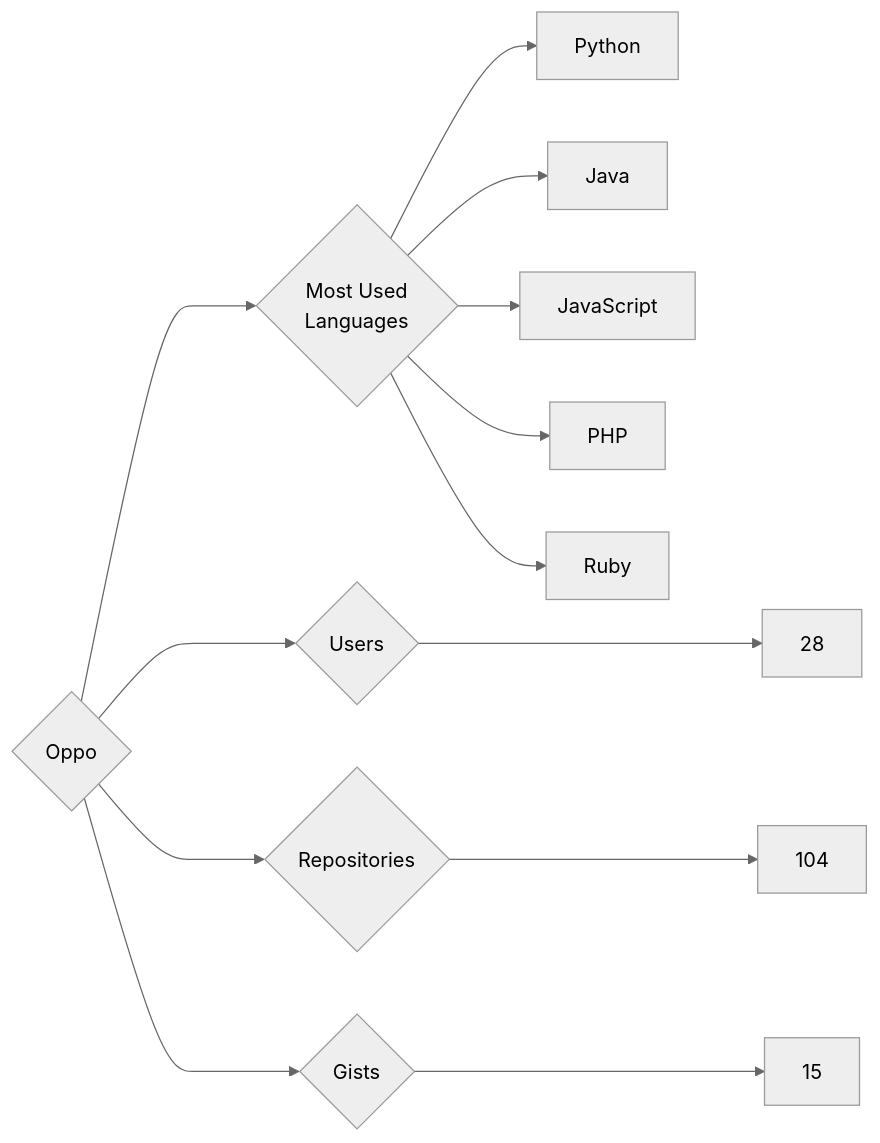
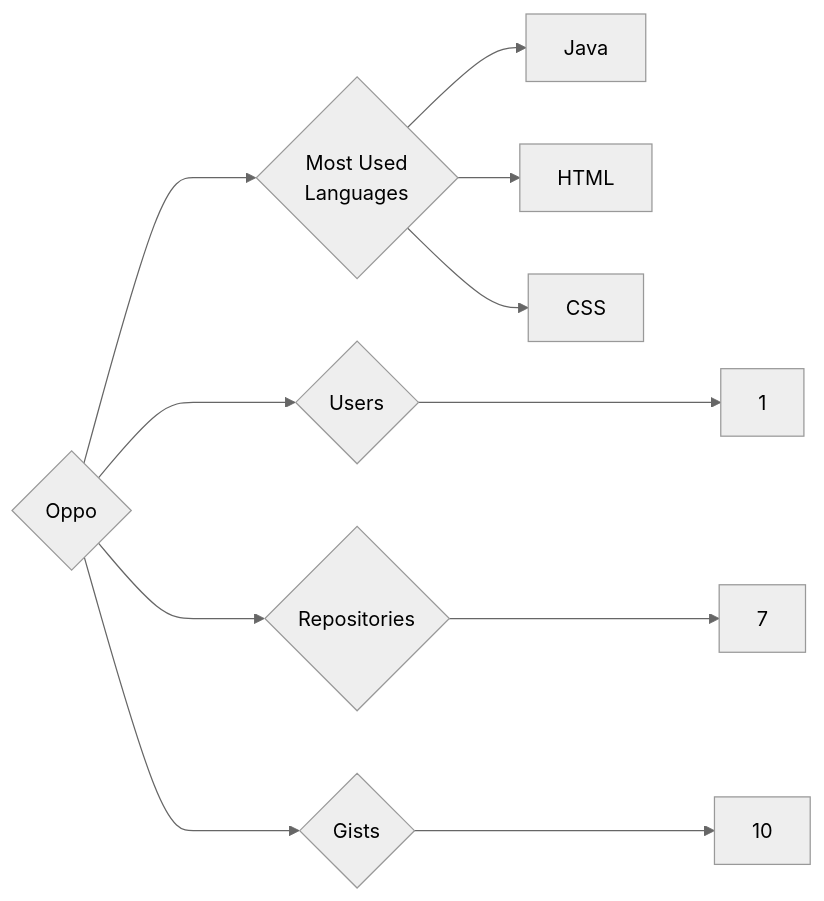
Before and after one commit to trickest/insiders: the diagram in targets/Oppo/README.md, drawn with Mermaid (neutral theme). The commit also changed 970 other files, not shown here.

````diff
--- a/targets/Oppo/README.md
+++ b/targets/Oppo/README.md
@@ -3,13 +3,11 @@
 ```mermaid
 graph LR
 COMPANY_NAME{Oppo}
-COMPANY_NAME ---> U{Users} ---> UN[28]
-COMPANY_NAME ---> R{Repositories} ---> RN[104]
-COMPANY_NAME ---> G{Gists} ---> GN[15]
+COMPANY_NAME ---> U{Users} ---> UN[1]
+COMPANY_NAME ---> R{Repositories} ---> RN[7]
+COMPANY_NAME ---> G{Gists} ---> GN[10]
 COMPANY_NAME ---> ML{Most Used<br>Languages}
-ML --> Python[Python]
 ML --> Java[Java]
-ML --> JavaScript[JavaScript]
-ML --> PHP[PHP]
-ML --> Ruby[Ruby]
+ML --> HTML[HTML]
+ML --> CSS[CSS]
 ```
````
